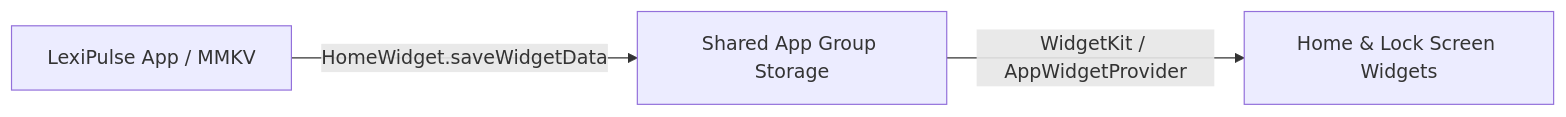
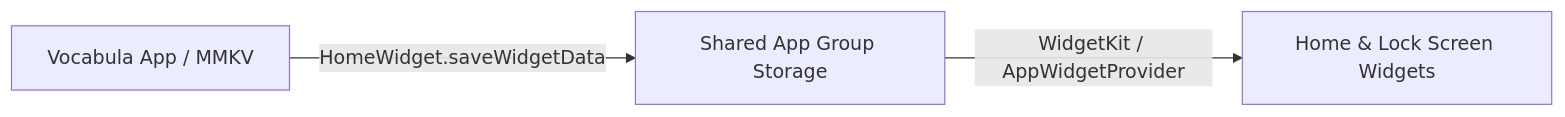
Before and after one commit to Otavio-Emanoel/Vocabula: the first of 2 diagrams in docs/FEATURES_AND_ROADMAP.md, drawn with Mermaid. The commit also changed other lines of this file and 17 other files, not shown here.

Commit message:
chore(brand): rename application from LexiPulse to Vocabula across app config, UI, database, and documentation

````diff
--- a/docs/FEATURES_AND_ROADMAP.md
+++ b/docs/FEATURES_AND_ROADMAP.md
@@ -53,5 +53,5 @@
 ```mermaid
 graph LR
-    A[LexiPulse App / MMKV] -->|HomeWidget.saveWidgetData| B[Shared App Group Storage]
+    A[Vocabula App / MMKV] -->|HomeWidget.saveWidgetData| B[Shared App Group Storage]
     B -->|WidgetKit / AppWidgetProvider| C[Home & Lock Screen Widgets]
 ```
````
